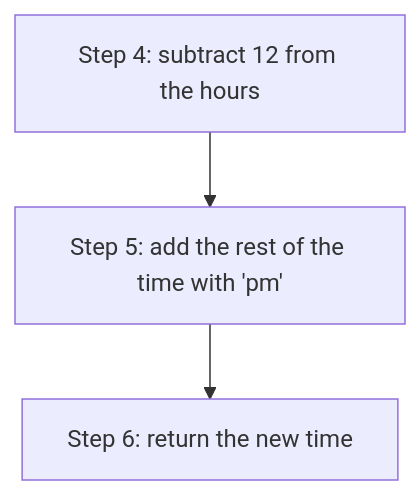
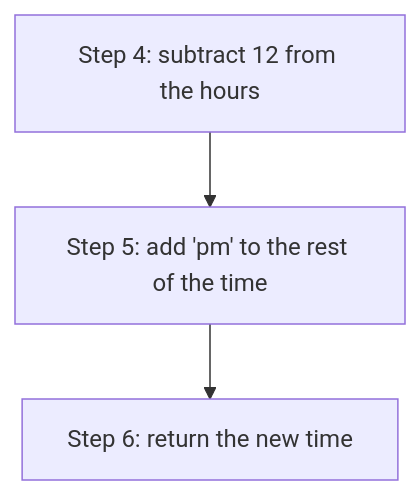
One commit to CodeYourFuture/curriculum changed the fifth of 5 diagrams in content/js1/sprints/3/prep/index.md. Above: the diagram before and after it, drawn with Mermaid. The commit also changed other lines of this file, not shown here.

````diff
--- a/content/js1/sprints/3/prep/index.md
+++ b/content/js1/sprints/3/prep/index.md
@@ -493,9 +548,9 @@
 ```mermaid
 
 flowchart TD
 
 D[Step 4: subtract 12 from the hours]
-D --> E[Step 5: add the rest of the time with 'pm']
+D --> E[Step 5: add 'pm' to the rest of the time]
 E --> F[Step 6: return the new time]
 
 ```
````
